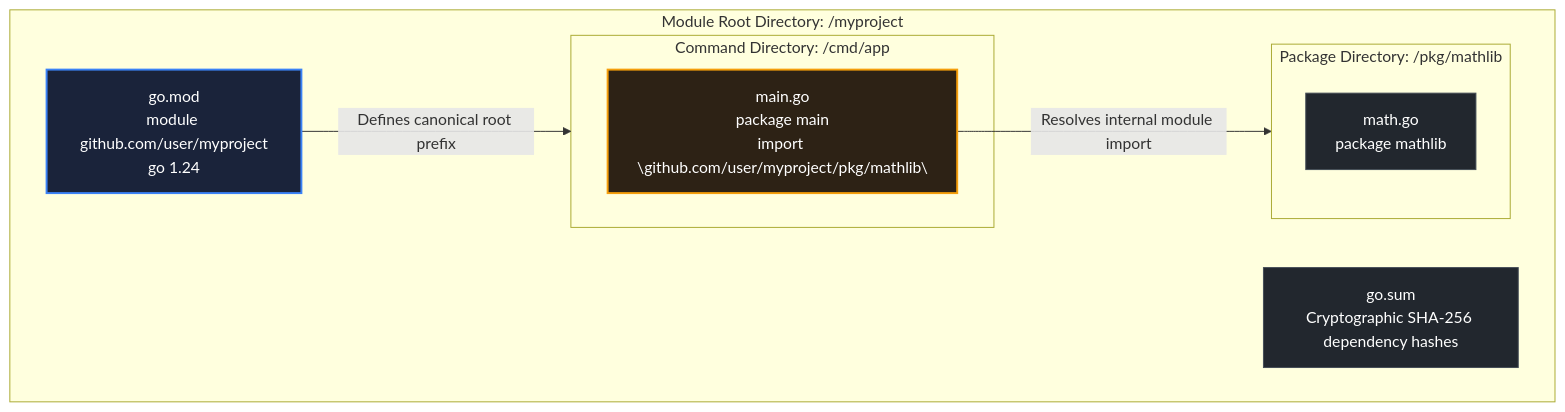
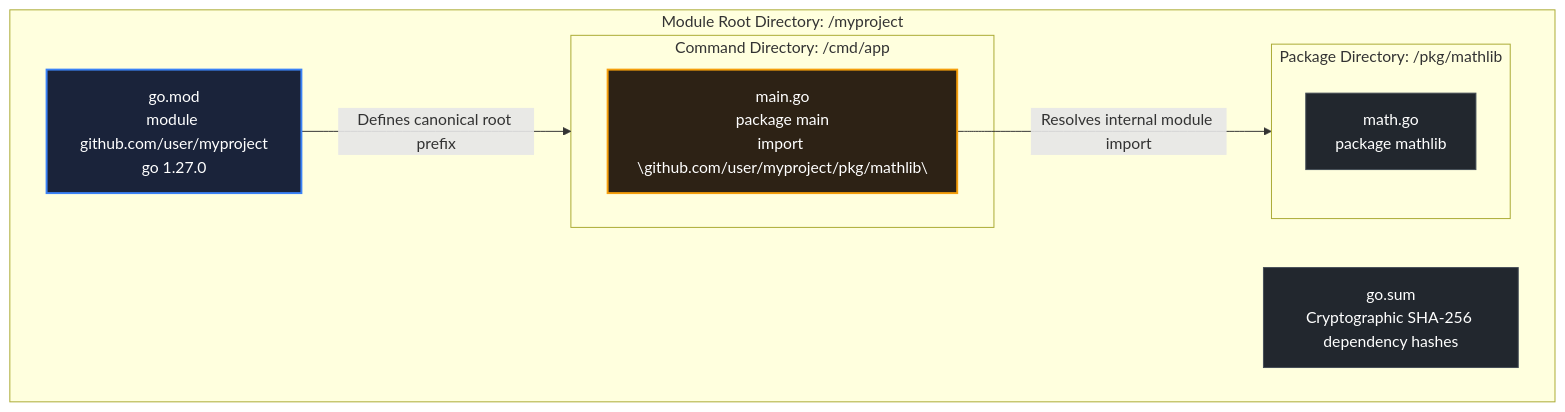
The diagram in curriculum/modules/02-go-setup-tooling/lessons/13-go-module-root-basics/README.md (swe-labs/the-go-engineer), drawn with Mermaid before and after one commit. The commit also changed other lines of this file and 143 other files, not shown here.

````diff
--- a/curriculum/modules/02-go-setup-tooling/lessons/13-go-module-root-basics/README.md
+++ b/curriculum/modules/02-go-setup-tooling/lessons/13-go-module-root-basics/README.md
@@ -20,24 +20,24 @@
 ```mermaid
 flowchart TD
     classDef frontDoor fill:#1a233a,stroke:#3b82f6,stroke-width:2px,color:#ffffff;
     classDef exitGate fill:#1e3a1e,stroke:#4caf50,stroke-width:2px,color:#ffffff;
     classDef standardNode fill:#22272e,stroke:#444c56,stroke-width:1px,color:#ffffff;
     classDef capstoneNode fill:#2d2215,stroke:#f59e0b,stroke-width:2px,color:#ffffff;
     classDef container fill:#161b22,stroke:#30363d,stroke-width:1px,color:#8b949e;
 
     subgraph ModuleRoot["Module Root Directory: /myproject"]
-        GOMOD["go.mod\nmodule github.com/user/myproject\ngo 1.24"]:::frontDoor
+        GOMOD["go.mod\nmodule github.com/user/myproject\ngo 1.27.0"]:::frontDoor
         GOSUM["go.sum\nCryptographic SHA-256 dependency hashes"]:::standardNode
 
         subgraph SubPkg["Package Directory: /pkg/mathlib"]
             CODE["math.go\npackage mathlib"]:::standardNode
         end
 
         subgraph CmdPkg["Command Directory: /cmd/app"]
             MAIN["main.go\npackage main\nimport \"github.com/user/myproject/pkg/mathlib\""]:::capstoneNode
         end
     end
 
     GOMOD -->|Defines canonical root prefix| CmdPkg
     MAIN -->|Resolves internal module import| SubPkg
 ```
````
